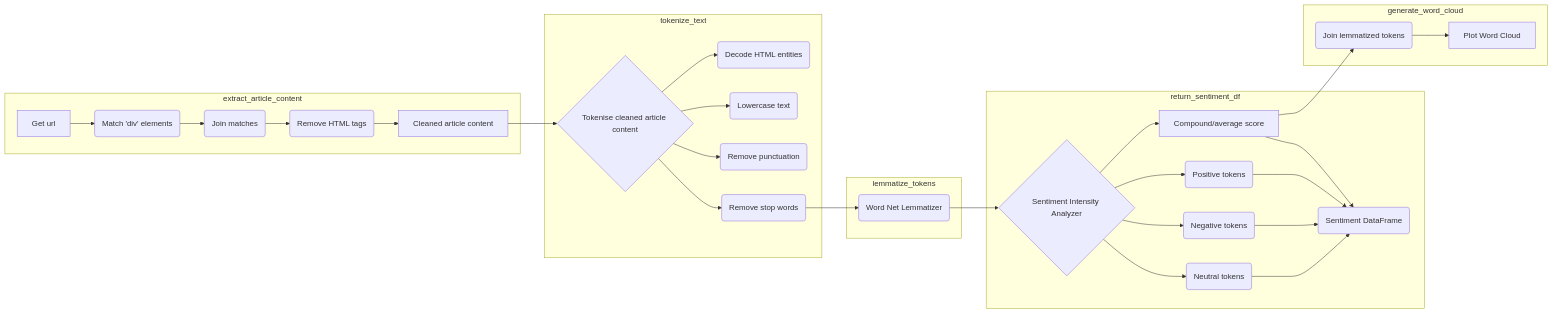
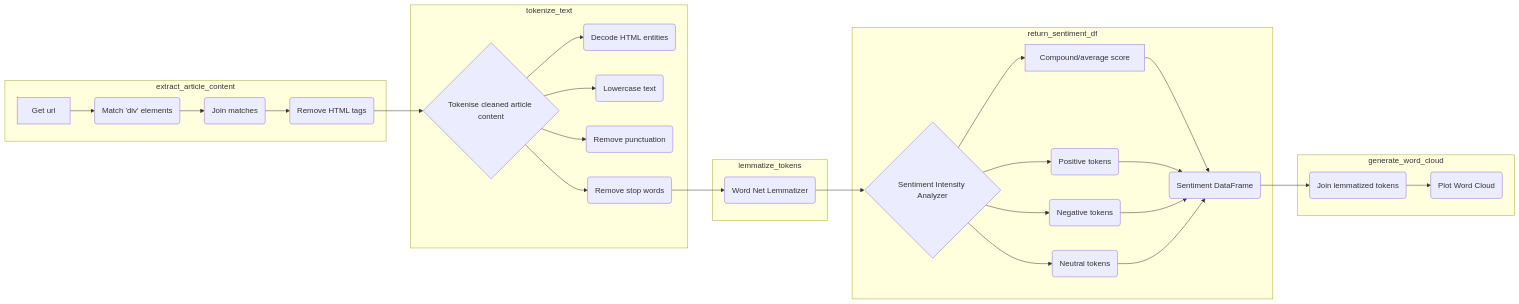
Before and after one commit to yumou-wei/yumou-wei: the diagram in mermaid.md, drawn with Mermaid.

````diff
--- a/mermaid.md
+++ b/mermaid.md
@@ -1,38 +1,38 @@
 ```mermaid
  flowchart LR
    subgraph extract_article_content
         A[Get url] --> B(Match 'div' elements);
         B --> C(Join matches);
         C --> D(Remove HTML tags);
-        D --> E[Cleaned article content];
     end
 
     subgraph tokenize_text
-        E --> F{Tokenise cleaned article content};
-        F --> G(Decode HTML entities);
-        F --> H(Lowercase text);
-        F --> I(Remove punctuation);
-        F --> J(Remove stop words);
+        D --> E{Tokenise cleaned article content};
+        E --> F(Decode HTML entities);
+        E --> G(Lowercase text);
+        E --> H(Remove punctuation);
+        E --> I(Remove stop words);
     end
 
     subgraph lemmatize_tokens
-        J --> K(Word Net Lemmatizer);
+        I --> J(Word Net Lemmatizer);
     end
 
     subgraph return_sentiment_df
-        K --> L{Sentiment Intensity Analyzer};
-        L --> M(Positive tokens);
-        L --> N(Negative tokens);
-        L --> O(Neutral tokens);
-        L --> P[Compound/average score];
-        P --> Q(Sentiment DataFrame);
-        M --> Q;
-        N --> Q;
-        O --> Q;
+        J --> K{Sentiment Intensity Analyzer};
+        K --> L(Positive tokens);
+        K --> M(Negative tokens);
+        K --> N(Neutral tokens);
+        K --> O[Compound/average score];
+        O --> P(Sentiment DataFrame);
+        L --> P;
+        M --> P;
+        N --> P;
     end
 
     subgraph generate_word_cloud
-        P --> R(Join lemmatized tokens)
-        R --> S[Plot Word Cloud]
+        P --> Q(Join lemmatized tokens);
+        Q --> R(Plot Word Cloud);
     end
+
 ```
````
